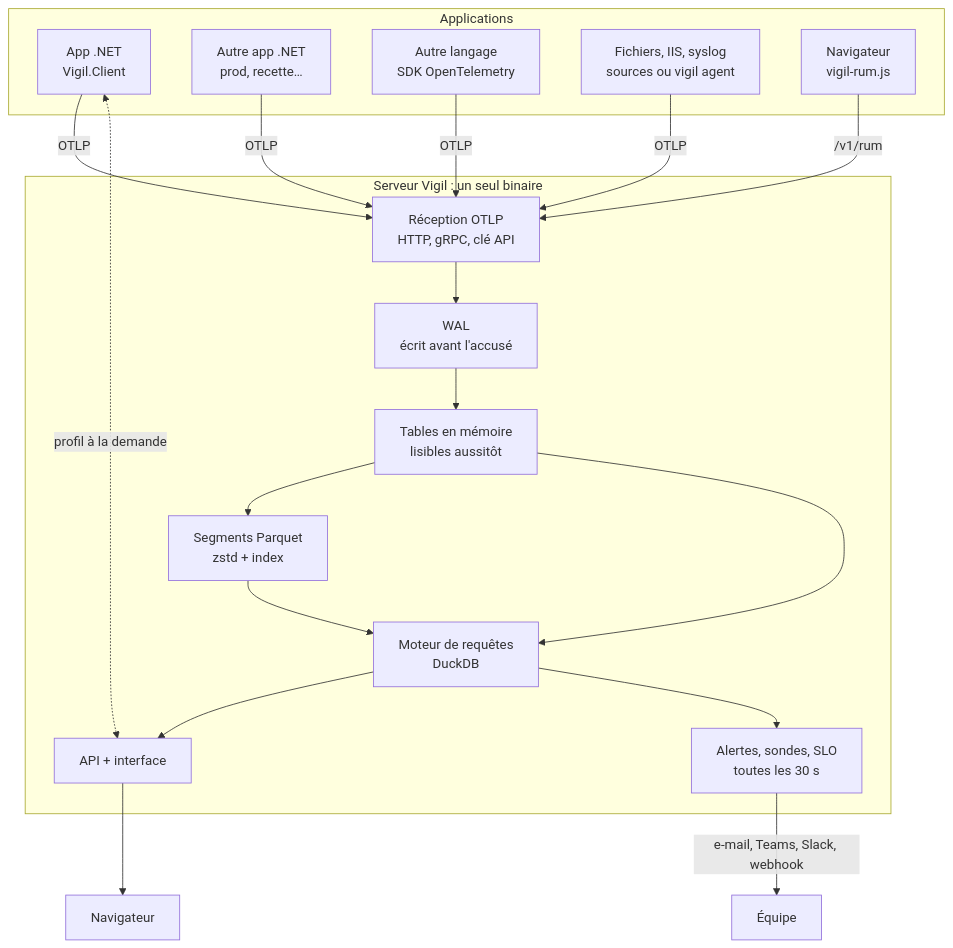
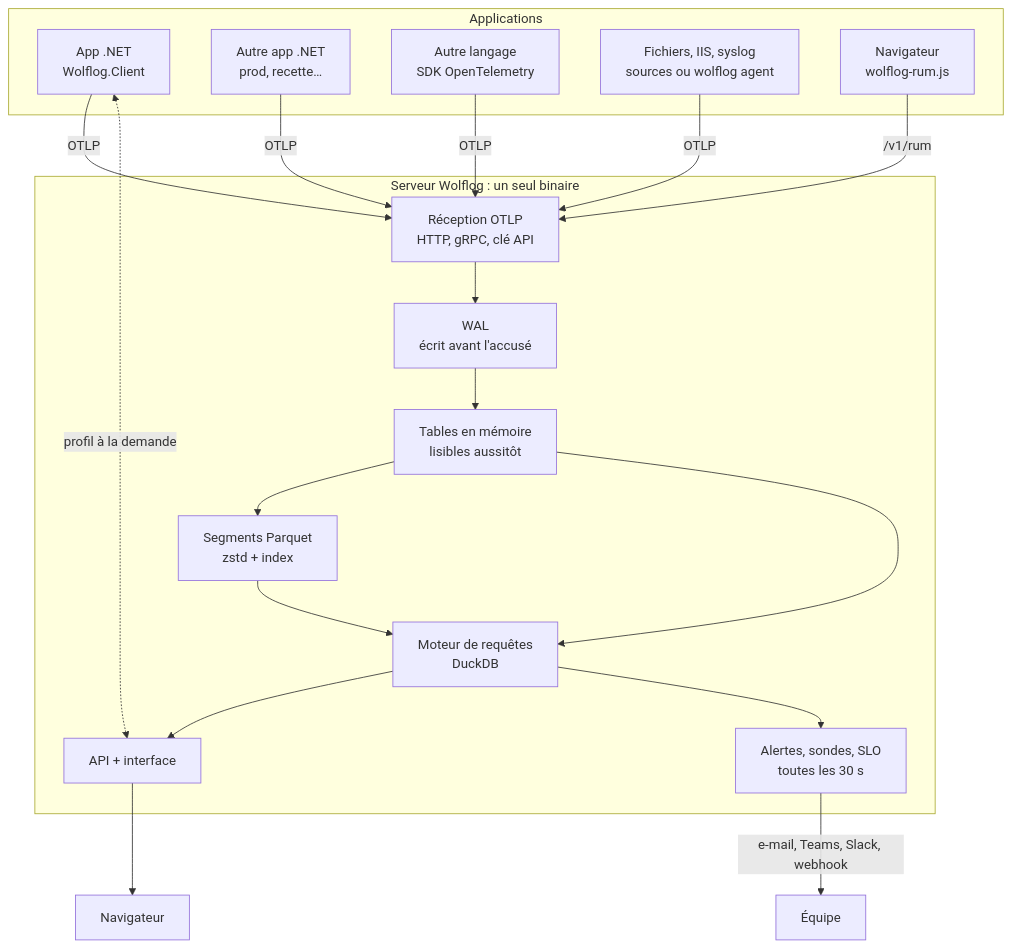
Before and after one commit to wolflog-dev/wolflog: the diagram in README.md, drawn with Mermaid. The commit also changed other lines of this file and 250 other files, not shown here.

````diff
--- a/README.md
+++ b/README.md
@@ -359,24 +361,24 @@
 ```mermaid
 flowchart TB
     subgraph apps[Applications]
-        A[App .NET<br/>Vigil.Client]
+        A[App .NET<br/>Wolflog.Client]
         B[Autre app .NET<br/>prod, recette…]
         C[Autre langage<br/>SDK OpenTelemetry]
-        F[Fichiers, IIS, syslog<br/>sources ou vigil agent]
-        G[Navigateur<br/>vigil-rum.js]
+        F[Fichiers, IIS, syslog<br/>sources ou wolflog agent]
+        G[Navigateur<br/>wolflog-rum.js]
     end
-    subgraph vigil[Serveur Vigil : un seul binaire]
+    subgraph wolflog[Serveur Wolflog : un seul binaire]
         R[Réception OTLP<br/>HTTP, gRPC, clé API] --> W[WAL<br/>écrit avant l'accusé]
         W --> M[Tables en mémoire<br/>lisibles aussitôt]
         M --> P[Segments Parquet<br/>zstd + index]
         M --> Q[Moteur de requêtes<br/>DuckDB]
         P --> Q
         Q --> UI[API + interface]
         Q --> AL[Alertes, sondes, SLO<br/>toutes les 30 s]
     end
     A & B & C & F -->|OTLP| R
     G -->|/v1/rum| R
     AL -->|e-mail, Teams, Slack, webhook| T[Équipe]
     A <-.->|profil à la demande| UI
     UI --> N[Navigateur]
 ```
````
